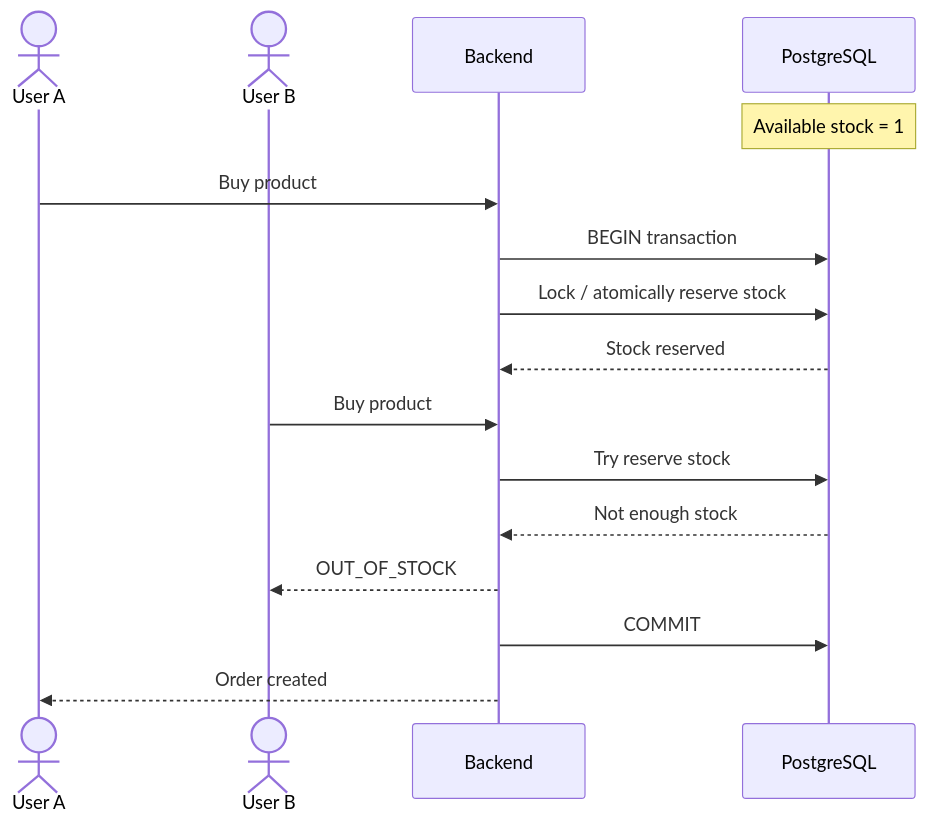
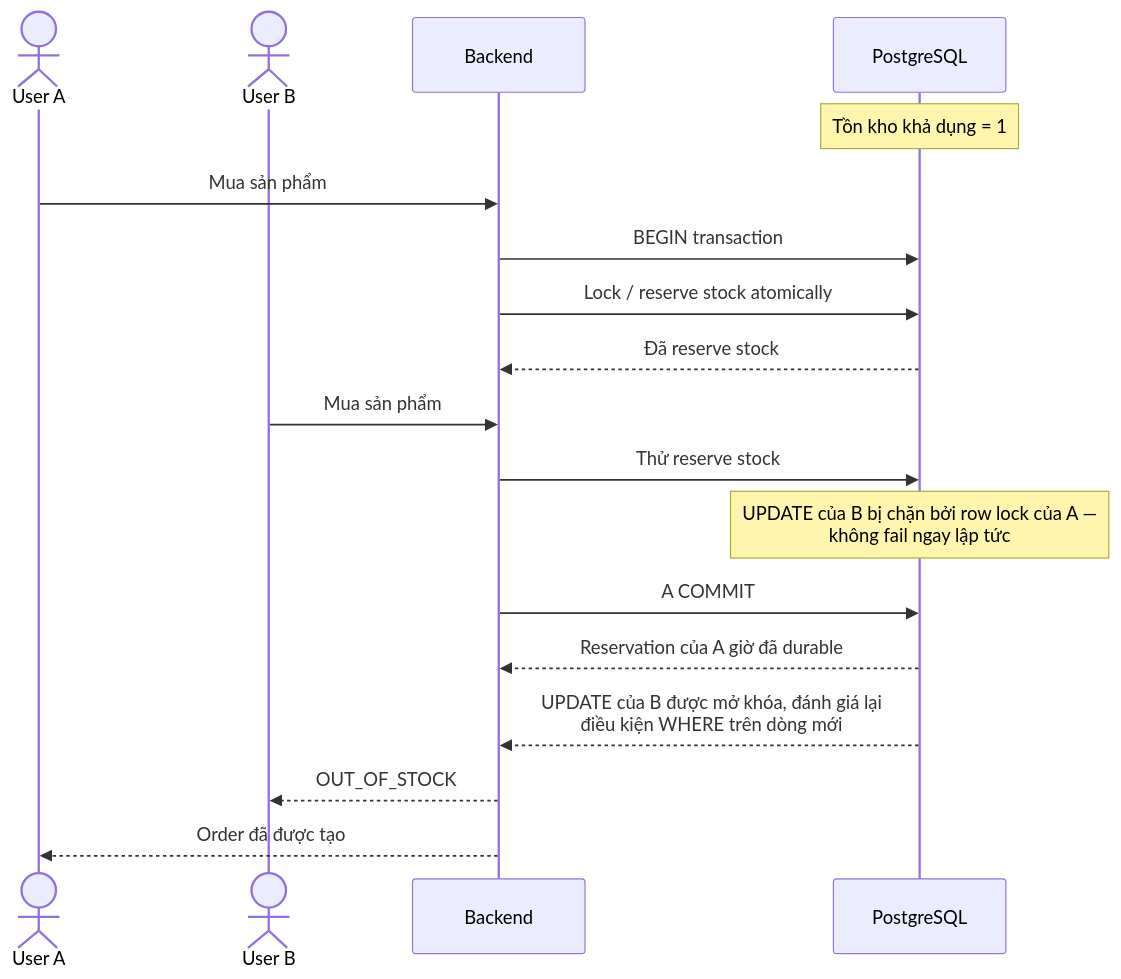
One commit to LuongCongThanh/be-demo changed the seventh of 16 diagrams in doc/ecommerce-backend-architecture-system-design-2.md. Above: the diagram before and after it, drawn with Mermaid. The commit also changed other lines of this file and 9 other files, not shown here.

````diff
--- a/doc/ecommerce-backend-architecture-system-design-2.md
+++ b/doc/ecommerce-backend-architecture-system-design-2.md
@@ -576,23 +566,26 @@
 ```mermaid
 sequenceDiagram
     actor A as User A
     actor B as User B
     participant API as Backend
     participant DB as PostgreSQL
 
-    Note over DB: Available stock = 1
+    Note over DB: Tồn kho khả dụng = 1
 
-    A->>API: Buy product
+    A->>API: Mua sản phẩm
     API->>DB: BEGIN transaction
-    API->>DB: Lock / atomically reserve stock
-    DB-->>API: Stock reserved
+    API->>DB: Lock / reserve stock atomically
+    DB-->>API: Đã reserve stock
 
-    B->>API: Buy product
-    API->>DB: Try reserve stock
-    DB-->>API: Not enough stock
+    B->>API: Mua sản phẩm
+    API->>DB: Thử reserve stock
+    Note over DB: UPDATE của B bị chặn bởi row lock của A —<br/>không fail ngay lập tức
 
+    API->>DB: A COMMIT
+    DB-->>API: Reservation của A giờ đã durable
+
+    DB-->>API: UPDATE của B được mở khóa, đánh giá lại<br/>điều kiện WHERE trên dòng mới
     API-->>B: OUT_OF_STOCK
-    API->>DB: COMMIT
 
-    API-->>A: Order created
+    API-->>A: Order đã được tạo
 ```
````
